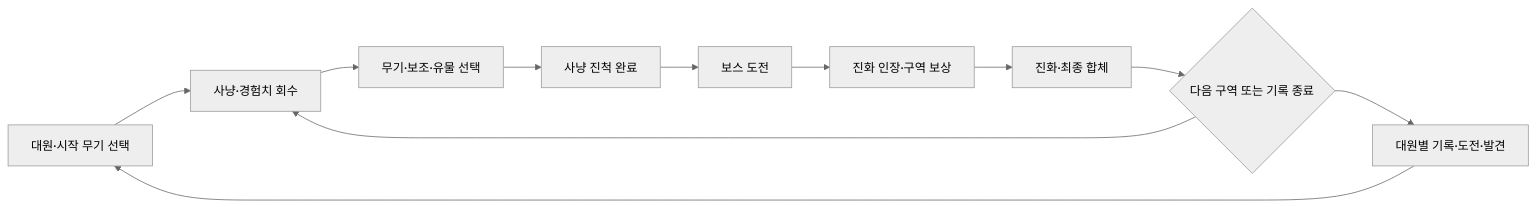
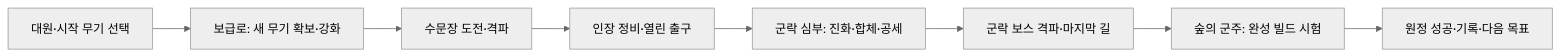
Before and after one commit to Seung-Won-Yu/woodland-survivors: the diagram in docs/GAME-DESIGN.md, drawn with Mermaid (neutral theme). The commit also changed other lines of this file and 6 other files, not shown here.

````diff
--- a/docs/GAME-DESIGN.md
+++ b/docs/GAME-DESIGN.md
@@ -32,13 +27,10 @@
 ```mermaid
 flowchart LR
-  A[대원·시작 무기 선택] --> B[사냥·경험치 회수]
-  B --> C[무기·보조·유물 선택]
-  C --> D[사냥 진척 완료]
-  D --> E[보스 도전]
-  E --> F[진화 인장·구역 보상]
-  F --> G[진화·최종 합체]
-  G --> H{다음 구역 또는 기록 종료}
-  H --> B
-  H --> I[대원별 기록·도전·발견]
-  I --> A
+  A[대원·시작 무기 선택] --> B[보급로: 새 무기 확보·강화]
+  B --> C[수문장 도전·격파]
+  C --> D[인장 정비·열린 출구]
+  D --> E[군락 심부: 진화·합체·공세]
+  E --> F[군락 보스 격파·마지막 길]
+  F --> G[숲의 군주: 완성 빌드 시험]
+  G --> H[원정 성공·기록·다음 목표]
 ```
````
